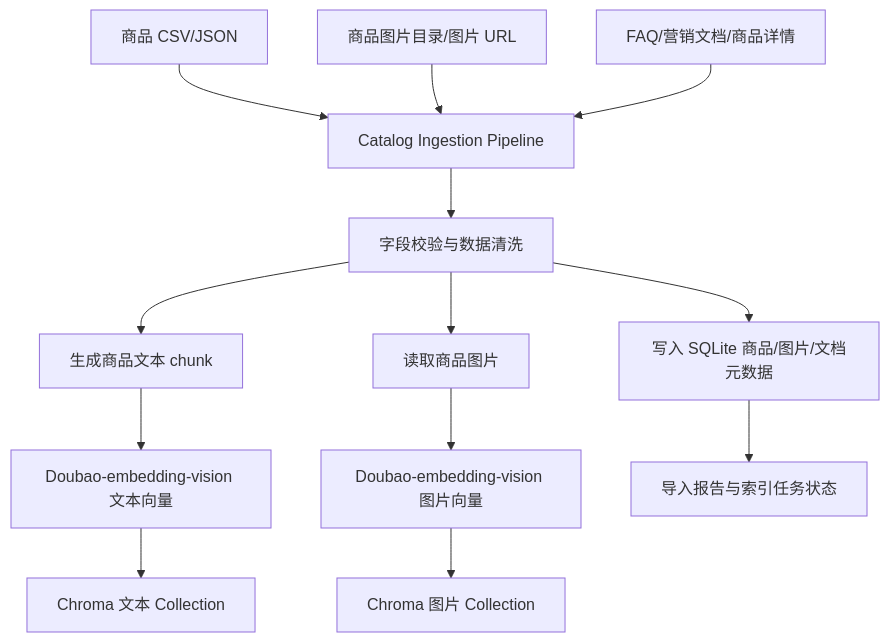
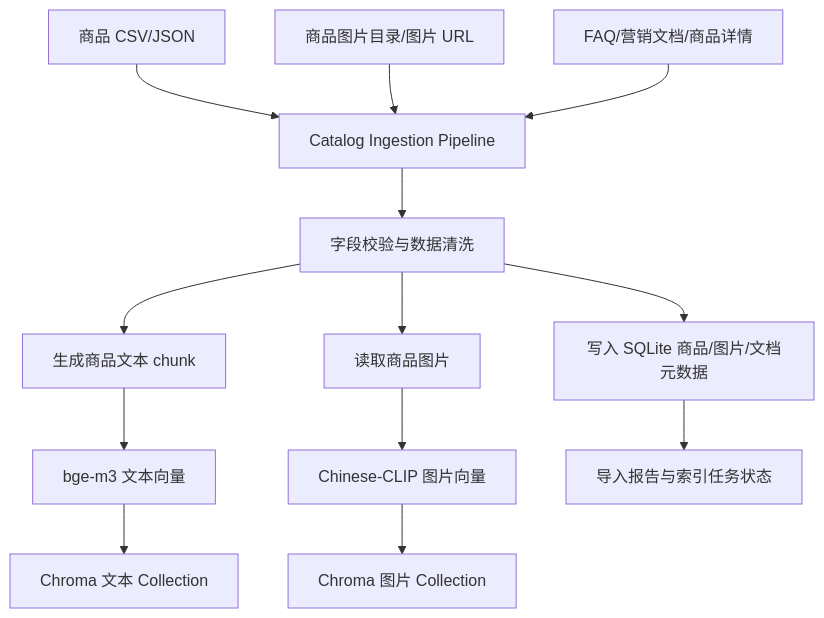
One commit to zzcy20122013/commerce-rag-agent changed the third of 6 diagrams in 基于RAG的多模态电商智能导购Agent方案.md. Above: the diagram before and after it, drawn with Mermaid. The commit also changed other lines of this file and 33 other files, not shown here.

````diff
--- a/基于RAG的多模态电商智能导购Agent方案.md
+++ b/基于RAG的多模态电商智能导购Agent方案.md
@@ -521,15 +521,15 @@
 ```mermaid
 flowchart TD
     A["商品 CSV/JSON"] --> D["Catalog Ingestion Pipeline"]
     B["商品图片目录/图片 URL"] --> D
     C["FAQ/营销文档/商品详情"] --> D
     D --> E["字段校验与数据清洗"]
     E --> F["写入 SQLite 商品/图片/文档元数据"]
     E --> G["生成商品文本 chunk"]
     E --> H["读取商品图片"]
-    G --> I["Doubao-embedding-vision 文本向量"]
-    H --> J["Doubao-embedding-vision 图片向量"]
+    G --> I["bge-m3 文本向量"]
+    H --> J["Chinese-CLIP 图片向量"]
     I --> K["Chroma 文本 Collection"]
     J --> L["Chroma 图片 Collection"]
     F --> M["导入报告与索引任务状态"]
 ```
````
